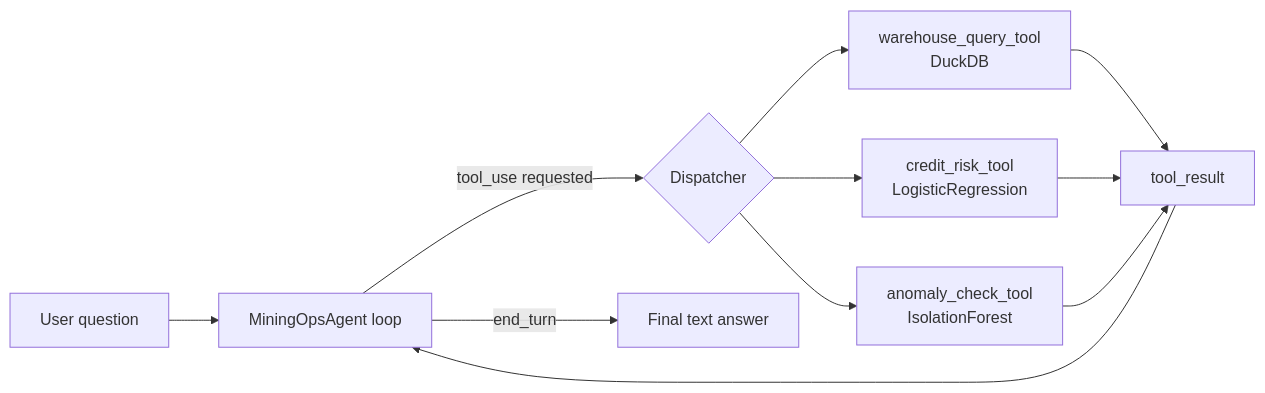
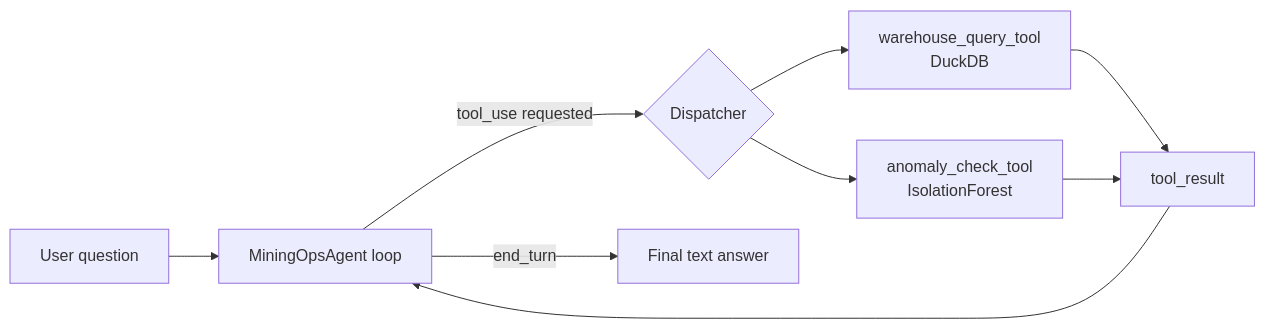
The diagram in README.md (Rxyxs/chile-mining-ops-agent), drawn with Mermaid before and after one commit. The commit also changed other lines of this file and 39 other files, not shown here.

````diff
--- a/README.md
+++ b/README.md
@@ -17,13 +23,11 @@
 ```mermaid
 flowchart LR
     U[User question] --> A[MiningOpsAgent loop]
     A -->|tool_use requested| D{Dispatcher}
     D --> T1[warehouse_query_tool<br/>DuckDB]
-    D --> T2[credit_risk_tool<br/>LogisticRegression]
-    D --> T3[anomaly_check_tool<br/>IsolationForest]
+    D --> T2[anomaly_check_tool<br/>IsolationForest]
     T1 --> R[tool_result]
     T2 --> R
-    T3 --> R
     R --> A
     A -->|end_turn| F[Final text answer]
 ```
````
